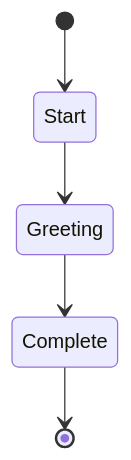
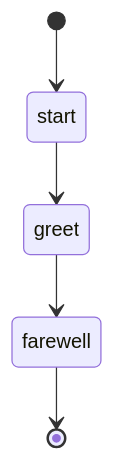
Before and after one commit to swissarmyhammer/swissarmyhammer: the diagram in builtin/workflows/hello-world.md, drawn with Mermaid. The commit also changed other lines of this file and 3 other files, not shown here.

````diff
--- a/builtin/workflows/hello-world.md
+++ b/builtin/workflows/hello-world.md
@@ -17,7 +62,7 @@
 ```mermaid
 stateDiagram-v2
-    [*] --> Start
-    Start --> Greeting
-    Greeting --> Complete
-    Complete --> [*]
+    [*] --> start
+    start --> greet
+    greet --> farewell
+    farewell --> [*]
 ```
````
